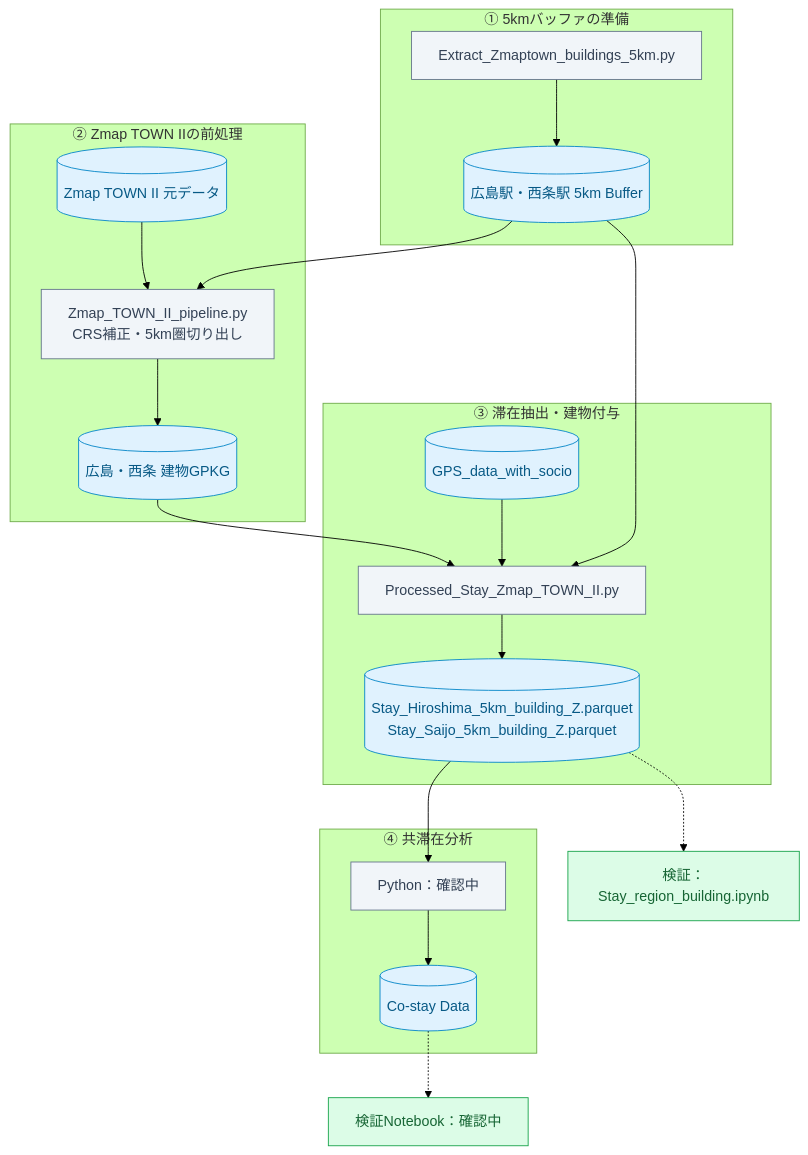
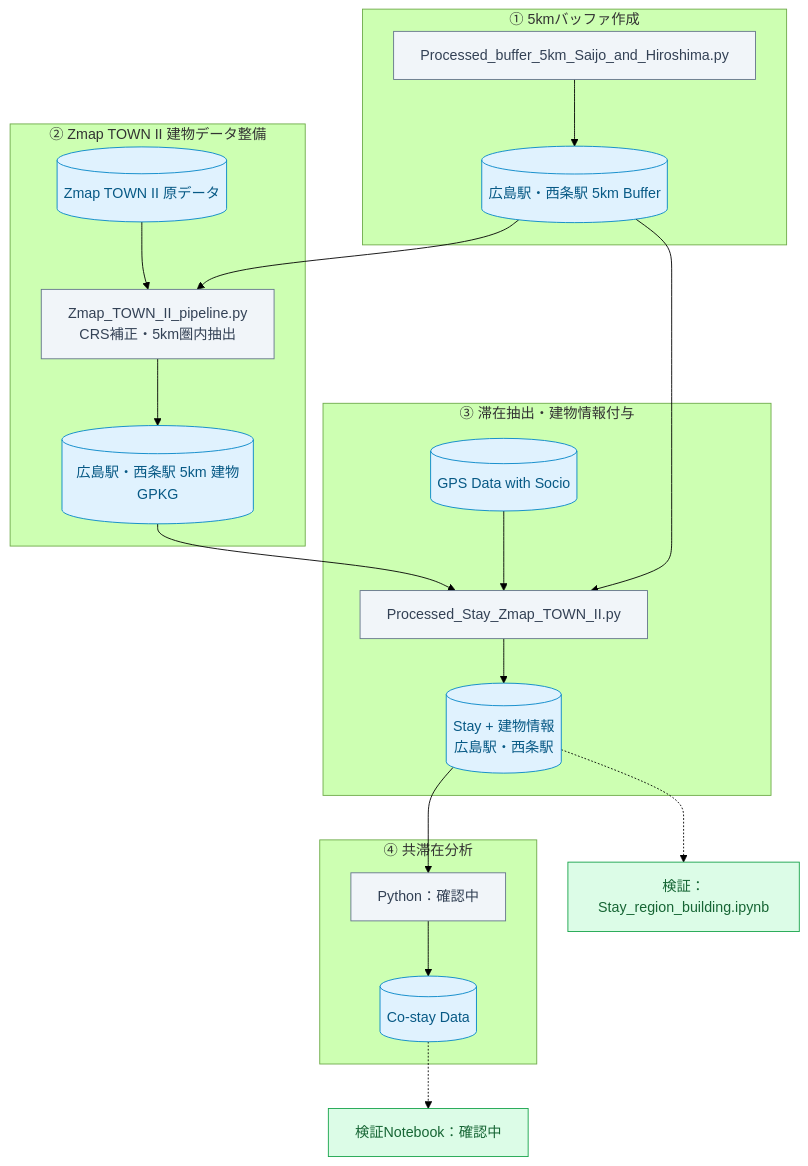
The diagram in docs/01_workflow/index.md (shokiiiiii/gps-research-website), drawn with Mermaid (forest theme) before and after one commit. The commit also changed other lines of this file, not shown here.

Commit message:
Fix GPS data processing workflow

````diff
--- a/docs/01_workflow/index.md
+++ b/docs/01_workflow/index.md
@@ -6,44 +6,44 @@
 ```mermaid
 flowchart TD
-    subgraph S1["① 5kmバッファの準備"]
-        A["Extract_Zmaptown_buildings_5km.py"]
+    subgraph S1["① 5kmバッファ作成"]
+        A["Processed_buffer_5km_Saijo_and_Hiroshima.py"]
         B[("広島駅・西条駅 5km Buffer")]
         A --> B
     end
 
-    subgraph S2["② Zmap TOWN IIの前処理"]
-        C[("Zmap TOWN II 元データ")]
-        D["Zmap_TOWN_II_pipeline.py<br/>CRS補正・5km圏切り出し"]
-        E[("広島・西条 建物GPKG")]
+    subgraph S2["② Zmap TOWN II 建物データ整備"]
+        C[("Zmap TOWN II 原データ")]
+        D["Zmap_TOWN_II_pipeline.py<br/>CRS補正・5km圏内抽出"]
+        E[("広島駅・西条駅 5km 建物GPKG")]
         B --> D
         C --> D
         D --> E
     end
 
-    subgraph S3["③ 滞在抽出・建物付与"]
-        F[("GPS_data_with_socio")]
+    subgraph S3["③ 滞在抽出・建物情報付与"]
+        F[("GPS Data with Socio")]
         G["Processed_Stay_Zmap_TOWN_II.py"]
-        H[("Stay_Hiroshima_5km_building_Z.parquet<br/>Stay_Saijo_5km_building_Z.parquet")]
+        H[("Stay + 建物情報<br/>広島駅・西条駅")]
         E --> G
+        B --> G
         F --> G
-        B --> G
         G --> H
     end
 
     subgraph S4["④ 共滞在分析"]
         I["Python：確認中"]
         J[("Co-stay Data")]
         H --> I --> J
     end
 
     H -.-> K["検証：Stay_region_building.ipynb"]
     J -.-> L["検証Notebook：確認中"]
 
     classDef data fill:#E0F2FE,stroke:#0284C7,color:#075985
     classDef script fill:#F1F5F9,stroke:#64748B,color:#334155
     classDef check fill:#DCFCE7,stroke:#16A34A,color:#166534
 
     class B,C,E,F,H,J data
     class A,D,G,I script
     class K,L check
 ```
````
